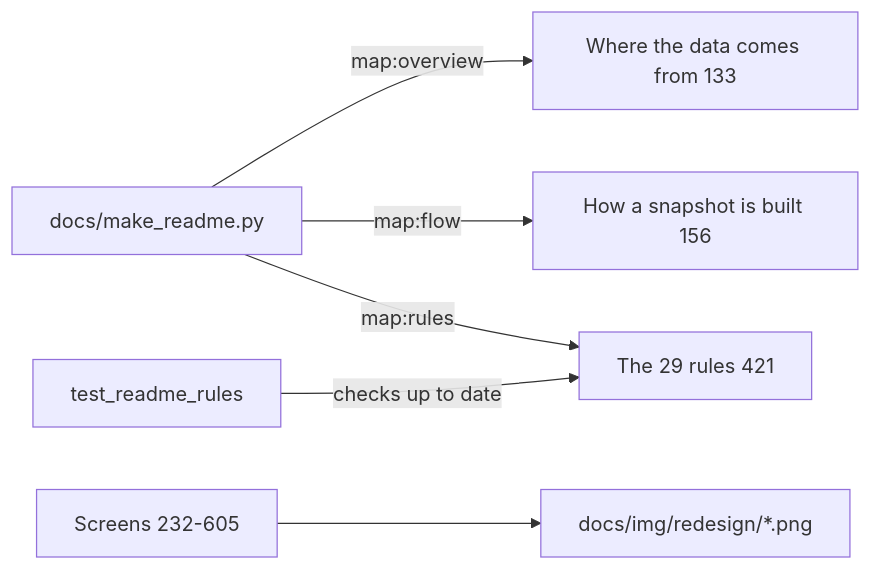
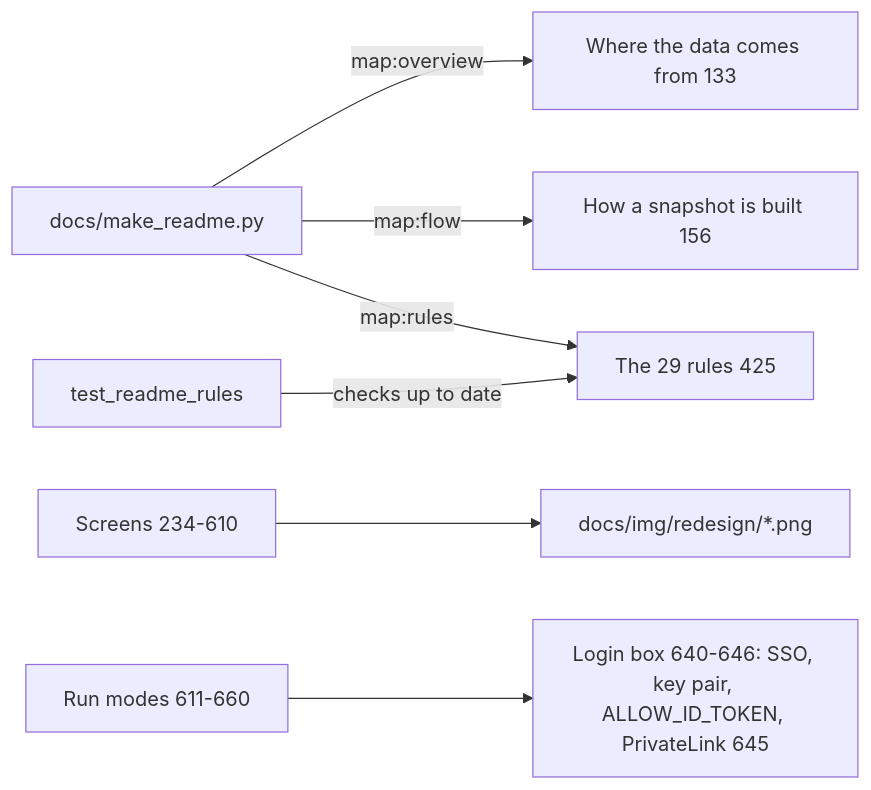
One commit to darshanmeel/snowflake-access-explorer changed the diagram in snowflake-access-explorer-knowledge-graph/documents/readme-html.md. Above: the diagram before and after it, drawn with Mermaid. The commit also changed other lines of this file and 24 other files, not shown here.

Commit message:
Knowledge graph: PrivateLink login (README.md and README.html), README line refs refreshed

````diff
--- a/snowflake-access-explorer-knowledge-graph/documents/readme-html.md
+++ b/snowflake-access-explorer-knowledge-graph/documents/readme-html.md
@@ -4,8 +4,9 @@
 ```mermaid
 flowchart LR
   MK[docs/make_readme.py] -->|map:overview| O[Where the data comes from 133]
   MK -->|map:flow| F[How a snapshot is built 156]
-  MK -->|map:rules| R[The 29 rules 421]
+  MK -->|map:rules| R[The 29 rules 425]
   T[test_readme_rules] -->|checks up to date| R
-  S[Screens 232-605] --> IMG[docs/img/redesign/*.png]
+  S[Screens 234-610] --> IMG[docs/img/redesign/*.png]
+  RUN[Run modes 611-660] --> LOGIN[Login box 640-646: SSO, key pair, ALLOW_ID_TOKEN, PrivateLink 645]
 ```
````
